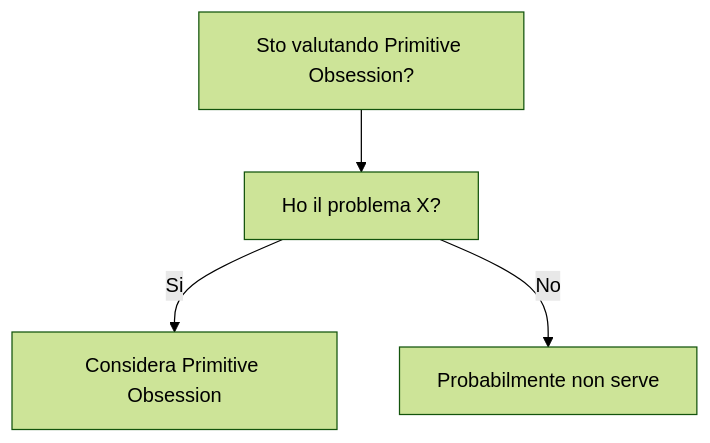
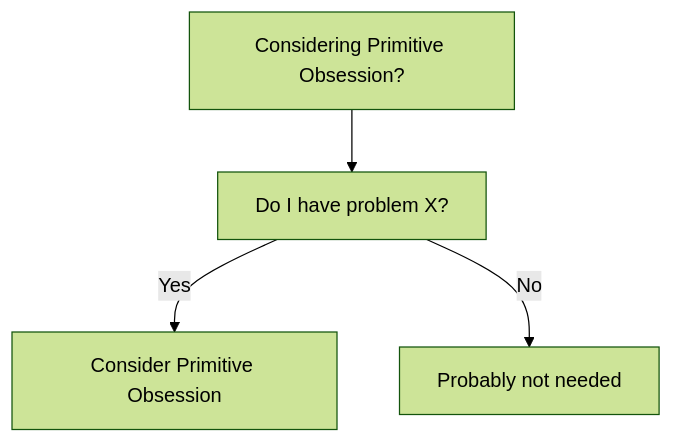
One commit to HxT9/Software-Dev-Wiki changed the diagram in dev-wiki/16_AntiPatterns/Primitive_Obsession/When_To_Use.md. Above: the diagram before and after it, drawn with Mermaid (forest theme). The commit also changed other lines of this file and 3444 other files, not shown here.

````diff
--- a/dev-wiki/16_AntiPatterns/Primitive_Obsession/When_To_Use.md
+++ b/dev-wiki/16_AntiPatterns/Primitive_Obsession/When_To_Use.md
@@ -19,6 +19,6 @@
 ```mermaid
 flowchart TD
-  Q[Sto valutando Primitive Obsession?] --> Q1[Ho il problema X?]
-  Q1 -->|Si| OK[Considera Primitive Obsession]
-  Q1 -->|No| NO[Probabilmente non serve]
+  Q[Considering Primitive Obsession?] --> Q1[Do I have problem X?]
+  Q1 -->|Yes| OK[Consider Primitive Obsession]
+  Q1 -->|No| NO[Probably not needed]
 ```
````
